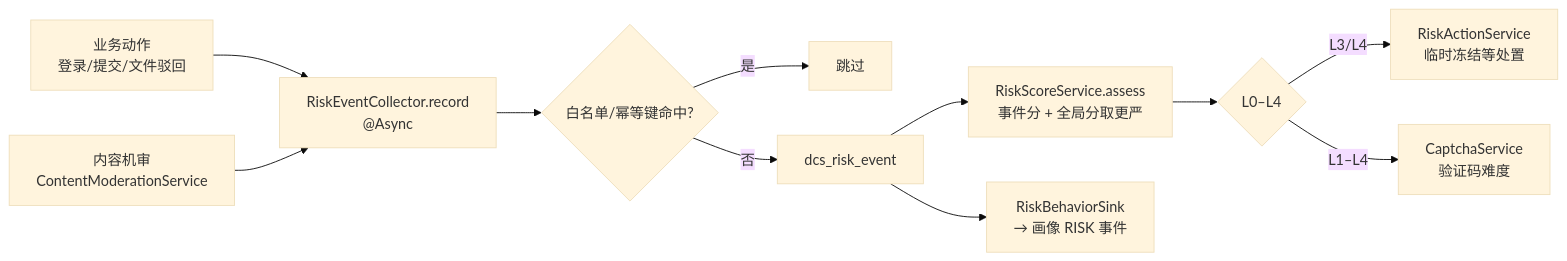
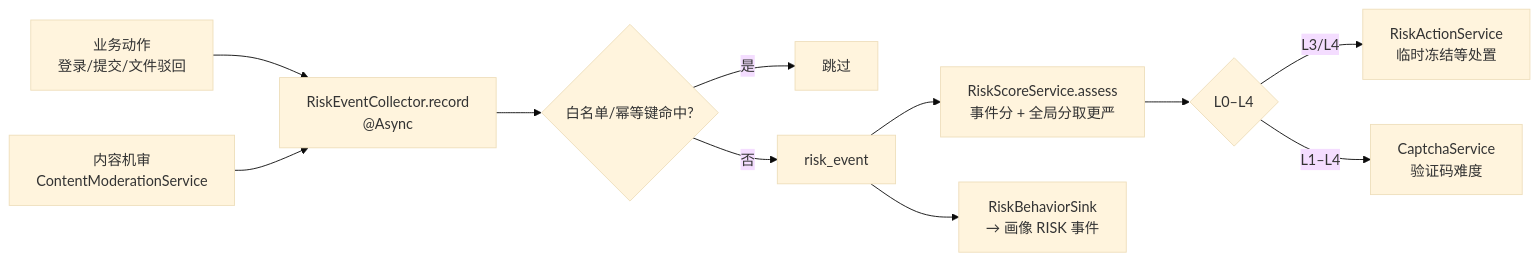
One commit to ck-ys/SmartDock changed the eighth of 18 diagrams in docs/backend-architecture.md. Above: the diagram before and after it, drawn with Mermaid (base theme). The commit also changed other lines of this file and 24 other files, not shown here.

````diff
--- a/docs/backend-architecture.md
+++ b/docs/backend-architecture.md
@@ -526,13 +526,13 @@
 ```mermaid
 flowchart LR
   A["业务动作<br/>登录/提交/文件驳回"] --> B["RiskEventCollector.record<br/>@Async"]
   B --> C{"白名单/幂等键命中?"}
   C -- 是 --> X["跳过"]
-  C -- 否 --> D["dcs_risk_event"]
+  C -- 否 --> D["risk_event"]
   D --> E["RiskScoreService.assess<br/>事件分 + 全局分取更严"]
   E --> F{"L0–L4"}
   F -- L3/L4 --> G["RiskActionService<br/>临时冻结等处置"]
   F -- L1–L4 --> H["CaptchaService<br/>验证码难度"]
   D --> I["RiskBehaviorSink<br/>→ 画像 RISK 事件"]
   J["内容机审<br/>ContentModerationService"] --> B
 ```
````
